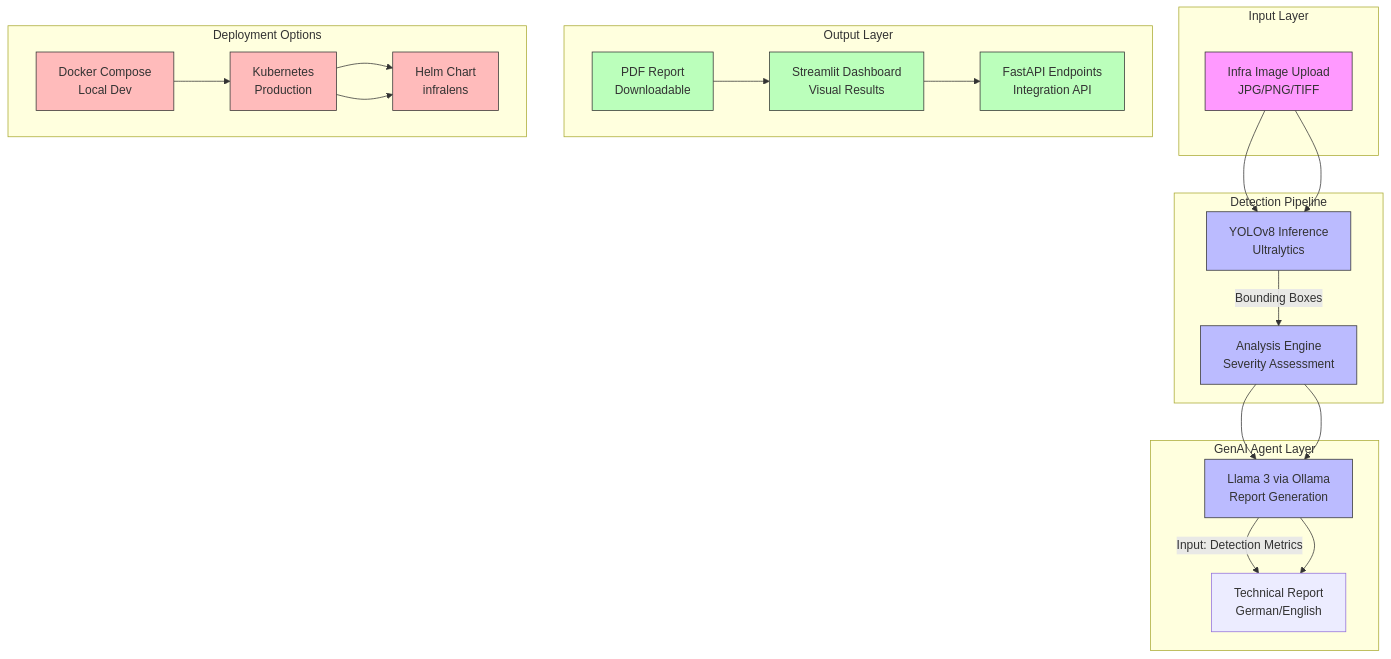
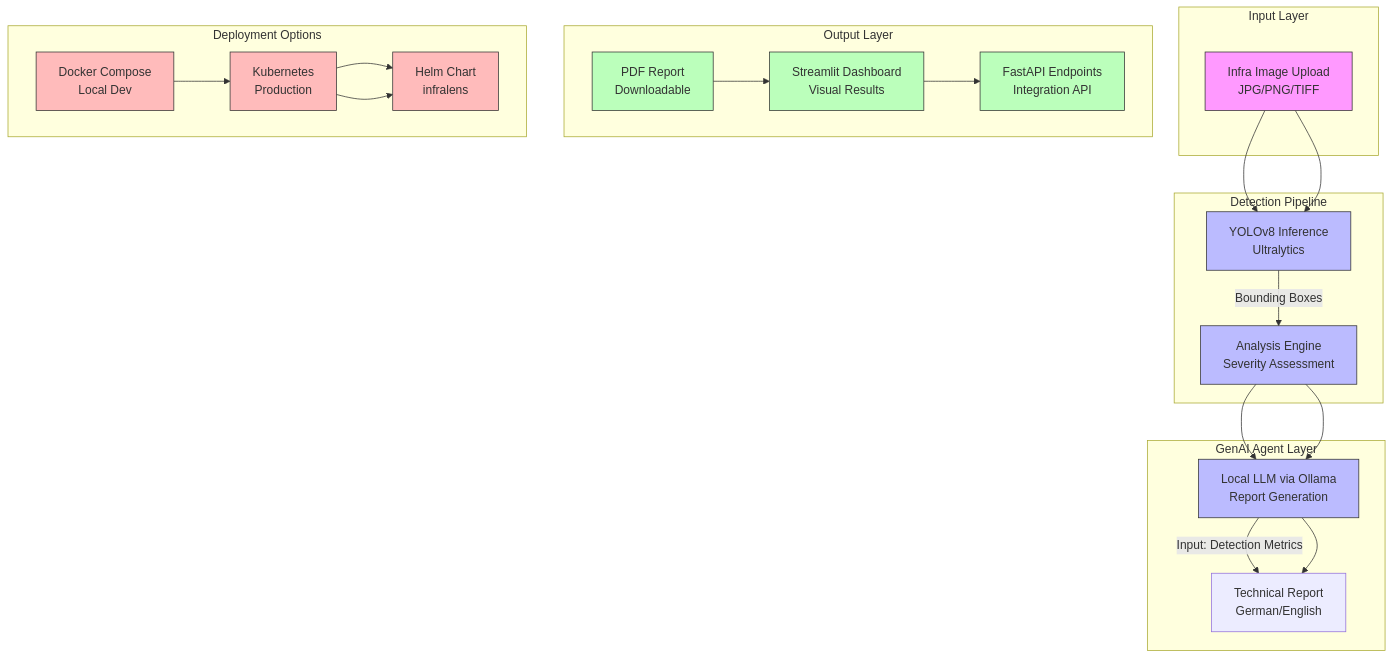
The diagram in README.md (ksnishat/infralens), drawn with Mermaid before and after one commit. The commit also changed other lines of this file, not shown here.

First line of the commit message:
docs: make the LLM reference model-agnostic

````diff
--- a/README.md
+++ b/README.md
@@ -45,48 +45,48 @@
 ```mermaid
 graph TD
     %% Input
     subgraph Input[Input Layer]
         Image[Infra Image Upload<br/>JPG/PNG/TIFF]
     end
     
     %% Detection
     subgraph Detection[Detection Pipeline]
         YOLO[YOLOv8 Inference<br/>Ultralytics] -->|Bounding Boxes| Analysis[Analysis Engine<br/>Severity Assessment]
         Image --> YOLO
     end
     
     %% AI Agent
     subgraph Agent[GenAI Agent Layer]
-        Ollama[Llama 3 via Ollama<br/>Report Generation] -->|Input: Detection Metrics| Report[Technical Report<br/>German/English]
+        Ollama[Local LLM via Ollama<br/>Report Generation] -->|Input: Detection Metrics| Report[Technical Report<br/>German/English]
         Analysis --> Ollama
     end
     
     %% Outputs
     subgraph Output[Output Layer]
         UI[Streamlit Dashboard<br/>Visual Results]
         PDF[PDF Report<br/>Downloadable]
         API[FastAPI Endpoints<br/>Integration API]
     end
     
     %% Deployment
     subgraph Deployment[Deployment Options]
         Docker[Docker Compose<br/>Local Dev] --> K8s[Kubernetes<br/>Production]
         K8s --> Helm[Helm Chart<br/>infralens]
     end
     
     Image --> YOLO
     Analysis --> Ollama
     Ollama --> Report
     UI --> API
     PDF --> UI
     K8s --> Helm
     
     classDef input fill:#f9f,stroke:#333;
     classDef service fill:#bbf,stroke:#333;
     classDef output fill:#bfb,stroke:#333;
     classDef deploy fill:#fbb,stroke:#333;
     class Image input;
     class YOLO,Analysis,Ollama service;
     class UI,PDF,API output;
     class Docker,K8s,Helm deploy;
 ```
````
